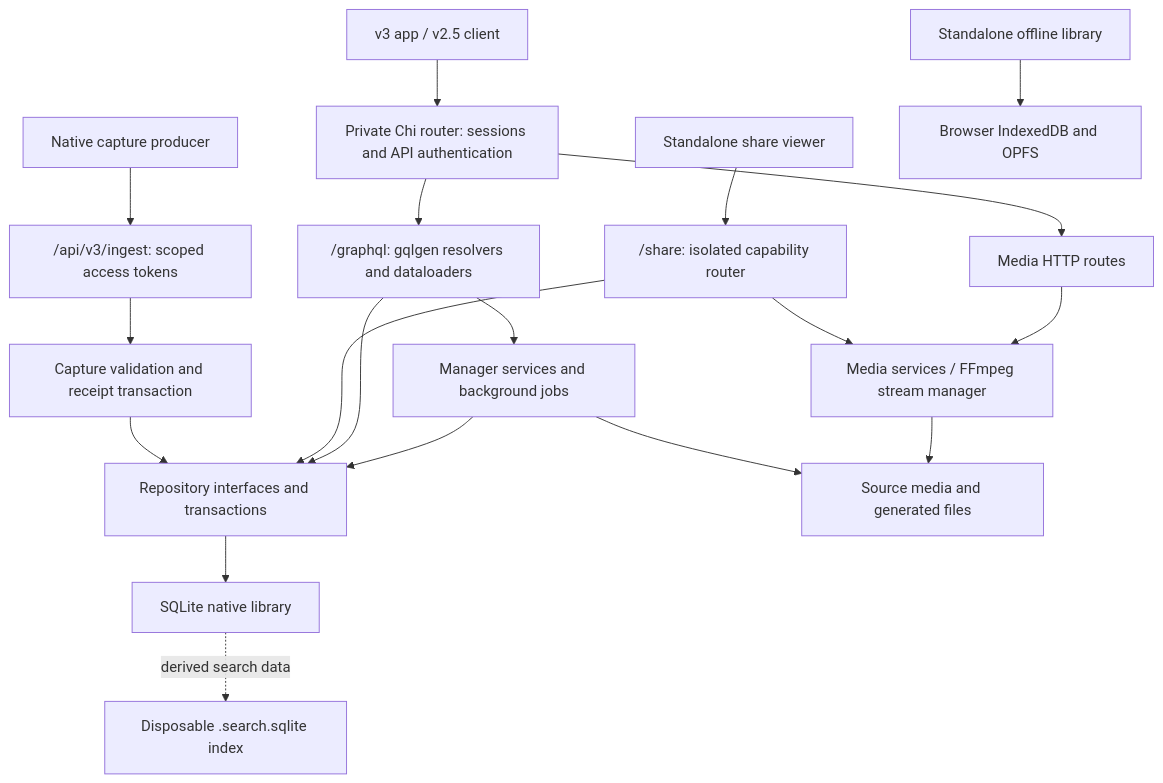
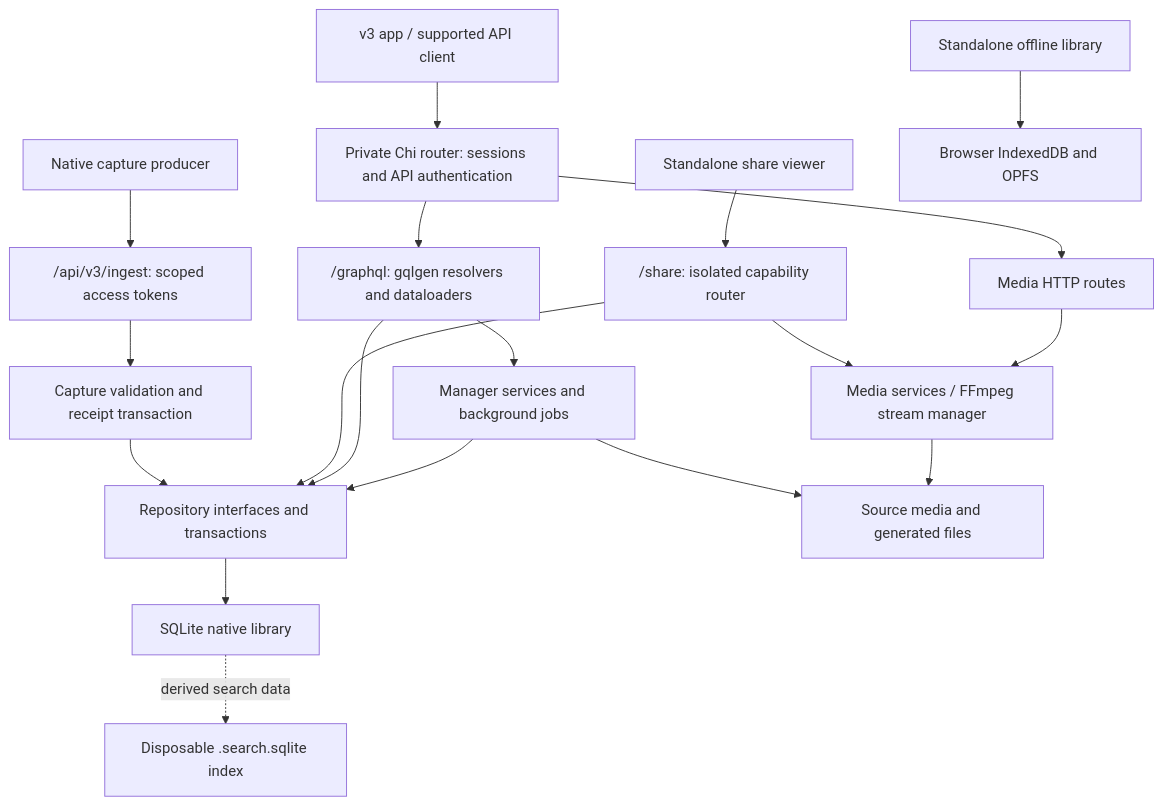
One commit to notsafeforgit/stash changed the diagram in docs/ARCHITECTURE.md. Above: the diagram before and after it, drawn with Mermaid. The commit also changed other lines of this file and 814 other files, not shown here.

````diff
--- a/docs/ARCHITECTURE.md
+++ b/docs/ARCHITECTURE.md
@@ -19,21 +19,21 @@
 ```mermaid
 flowchart TD
-    owner["v3 app / v2.5 client"] --> private["Private Chi router: sessions and API authentication"]
+    owner["v3 app / supported API client"] --> private["Private Chi router: sessions and API authentication"]
     private --> graphql["/graphql: gqlgen resolvers and dataloaders"]
     private --> media["Media HTTP routes"]
     producer["Native capture producer"] --> ingest["/api/v3/ingest: scoped access tokens"]
     ingest --> intake["Capture validation and receipt transaction"]
     intake --> repo
     guest["Standalone share viewer"] --> shares["/share: isolated capability router"]
     shares --> mediaService["Media services / FFmpeg stream manager"]
     shares --> repo["Repository interfaces and transactions"]
     graphql --> repo
     graphql --> jobs["Manager services and background jobs"]
     jobs --> repo
     jobs --> files["Source media and generated files"]
     media --> mediaService
     mediaService --> files
     repo --> db["SQLite native library"]
     db -. "derived search data" .-> search["Disposable .search.sqlite index"]
     offline["Standalone offline library"] --> browser["Browser IndexedDB and OPFS"]
 ```
````
